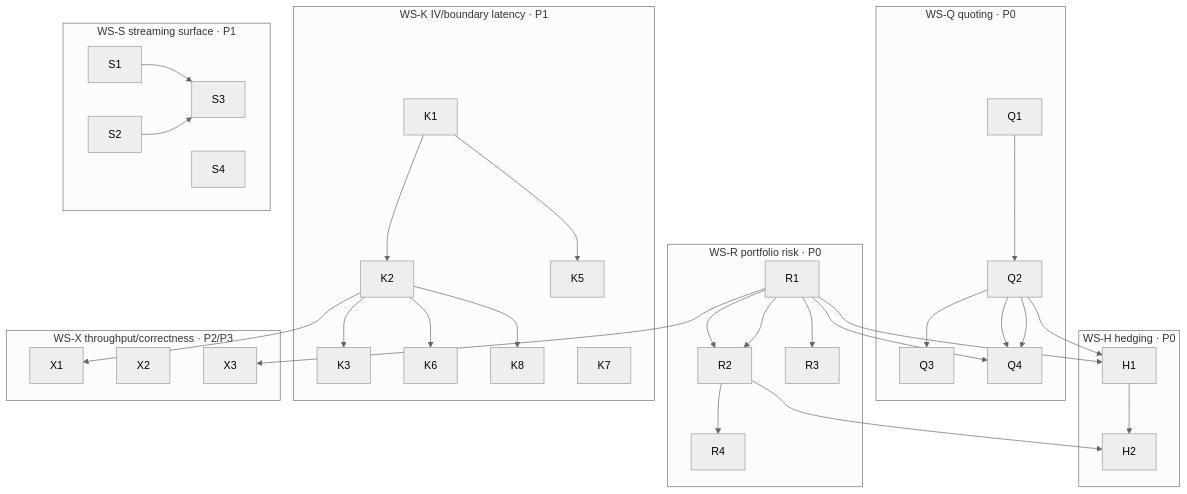
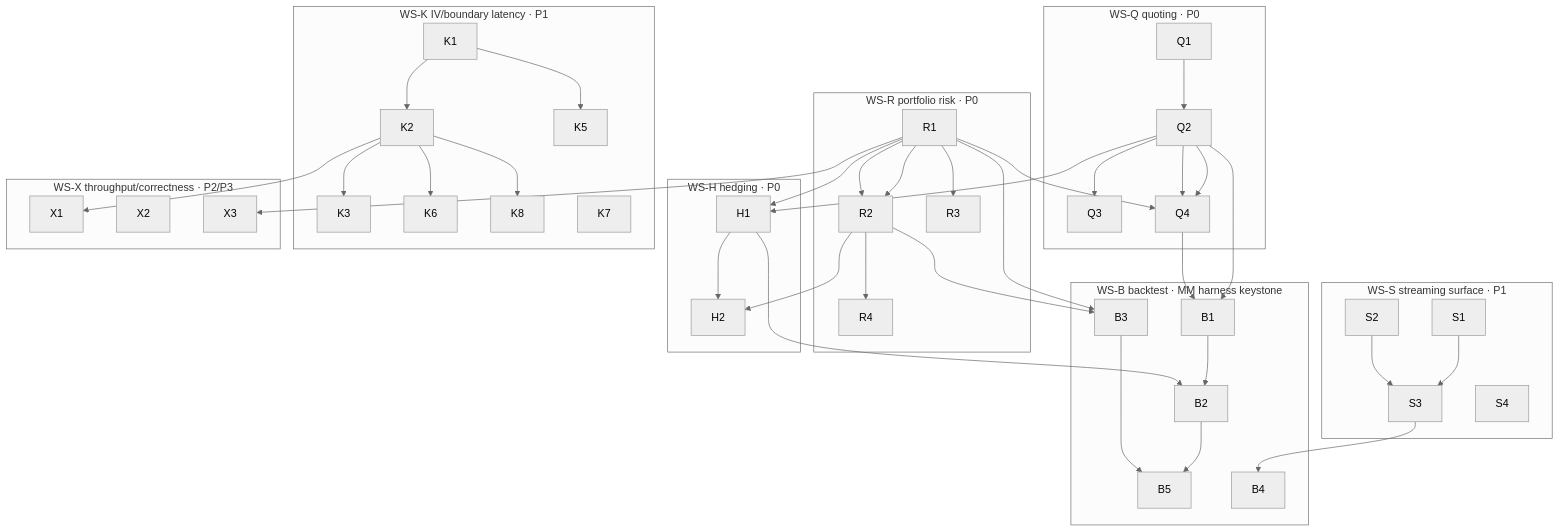
Before and after one commit to ntorm1/atx: the diagram in atx-vol/sprints/2026-07-18-atx-vol-mm-system-sota-sprint.md, drawn with Mermaid (neutral theme). The commit also changed other lines of this file, not shown here.

First line of the commit message:
docs(vol): weave backtest engine into MM-system sprint as first-class WS-B

````diff
--- a/atx-vol/sprints/2026-07-18-atx-vol-mm-system-sota-sprint.md
+++ b/atx-vol/sprints/2026-07-18-atx-vol-mm-system-sota-sprint.md
@@ -163,27 +177,36 @@
 ```mermaid
 graph TD
   subgraph WSQ[WS-Q quoting · P0]
     Q1 --> Q2 --> Q3; Q2 --> Q4
   end
   subgraph WSR[WS-R portfolio risk · P0]
     R1 --> R2 --> R4; R1 --> R3
   end
   subgraph WSH[WS-H hedging · P0]
     H1 --> H2
   end
   subgraph WSK[WS-K IV/boundary latency · P1]
     K1 --> K2 --> K3; K1 --> K5; K2 --> K6; K2 --> K8; K7
   end
   subgraph WSS[WS-S streaming surface · P1]
     S1 --> S3; S2 --> S3; S4
   end
   subgraph WSX[WS-X throughput/correctness · P2/P3]
     K2 --> X1; X2; R1 --> X3
   end
+  subgraph WSB[WS-B backtest · MM harness keystone]
+    B1 --> B2 --> B5; B3 --> B5; B4
+  end
   R1 --> R2
   R1 --> Q4
   Q2 --> Q4
   Q2 --> H1
   R1 --> H1
   R2 --> H2
+  Q2 --> B1
+  Q4 --> B1
+  H1 --> B2
+  R1 --> B3
+  R2 --> B3
+  S3 --> B4
 ```
````
